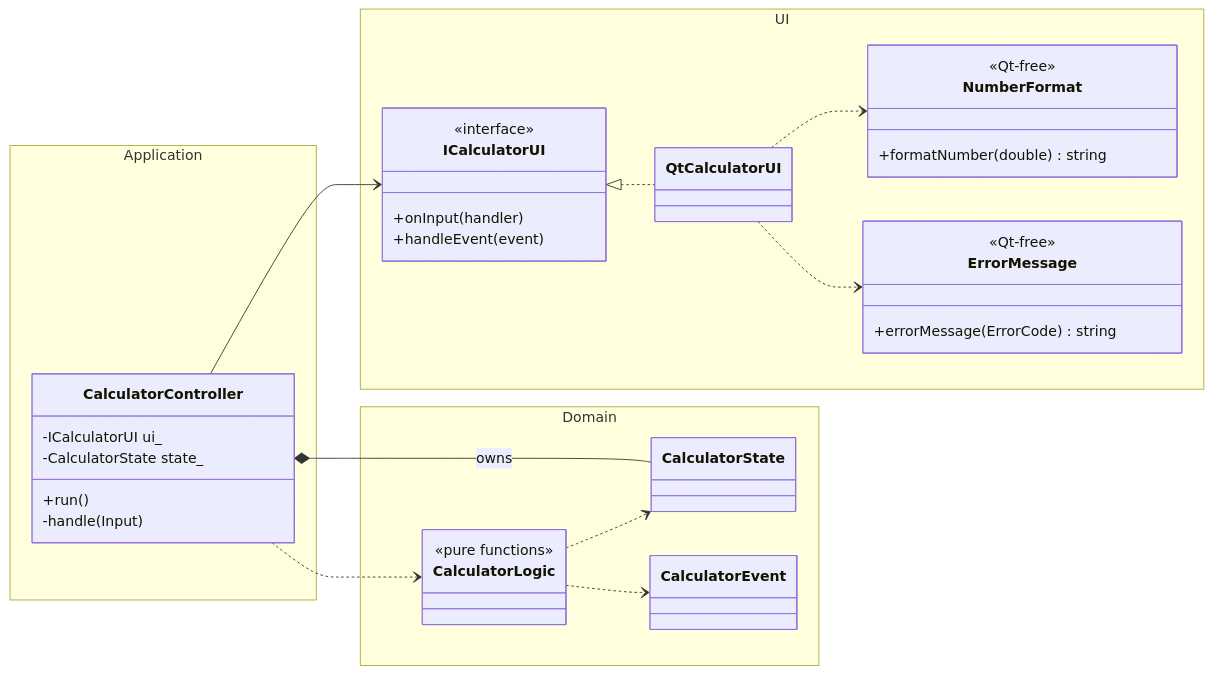
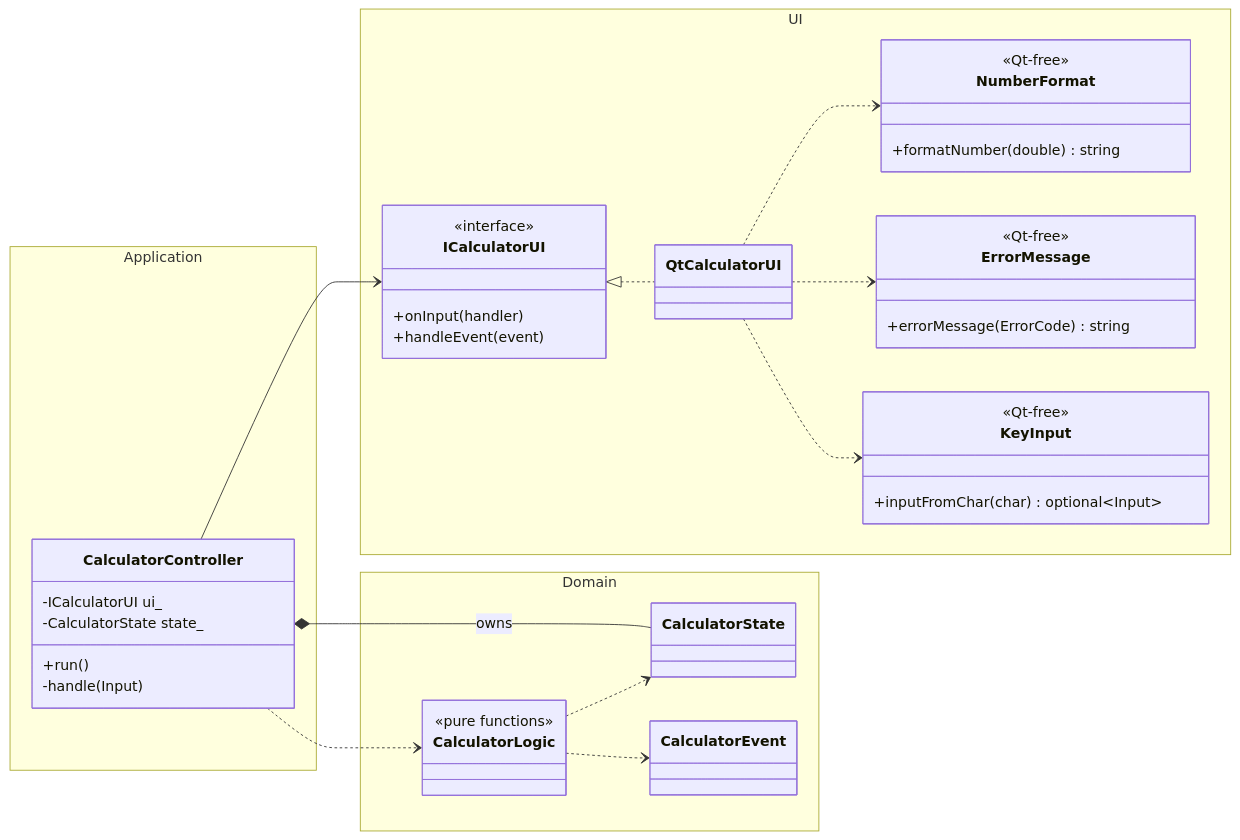
One commit to KoichiKurita/CPPlang-Calculator changed the first of 3 diagrams in README.md. Above: the diagram before and after it, drawn with Mermaid. The commit also changed other lines of this file and 14 other files, not shown here.

````diff
--- a/README.md
+++ b/README.md
@@ -45,43 +62,48 @@
 ```mermaid
 classDiagram
     direction LR
     namespace UI {
         class ICalculatorUI {
             <<interface>>
             +onInput(handler)
             +handleEvent(event)
         }
         class QtCalculatorUI
         class NumberFormat {
             <<Qt-free>>
             +formatNumber(double) string
         }
         class ErrorMessage {
             <<Qt-free>>
             +errorMessage(ErrorCode) string
+        }
+        class KeyInput {
+            <<Qt-free>>
+            +inputFromChar(char) optional~Input~
         }
     }
     namespace Application {
         class CalculatorController {
             -ICalculatorUI ui_
             -CalculatorState state_
             +run()
             -handle(Input)
         }
     }
     namespace Domain {
         class CalculatorLogic {
             <<pure functions>>
         }
         class CalculatorState
         class CalculatorEvent
     }
     ICalculatorUI <|.. QtCalculatorUI
     QtCalculatorUI ..> NumberFormat
     QtCalculatorUI ..> ErrorMessage
+    QtCalculatorUI ..> KeyInput
     CalculatorController --> ICalculatorUI
     CalculatorController *-- CalculatorState : owns
     CalculatorController ..> CalculatorLogic
     CalculatorLogic ..> CalculatorState
     CalculatorLogic ..> CalculatorEvent
 ```
````
